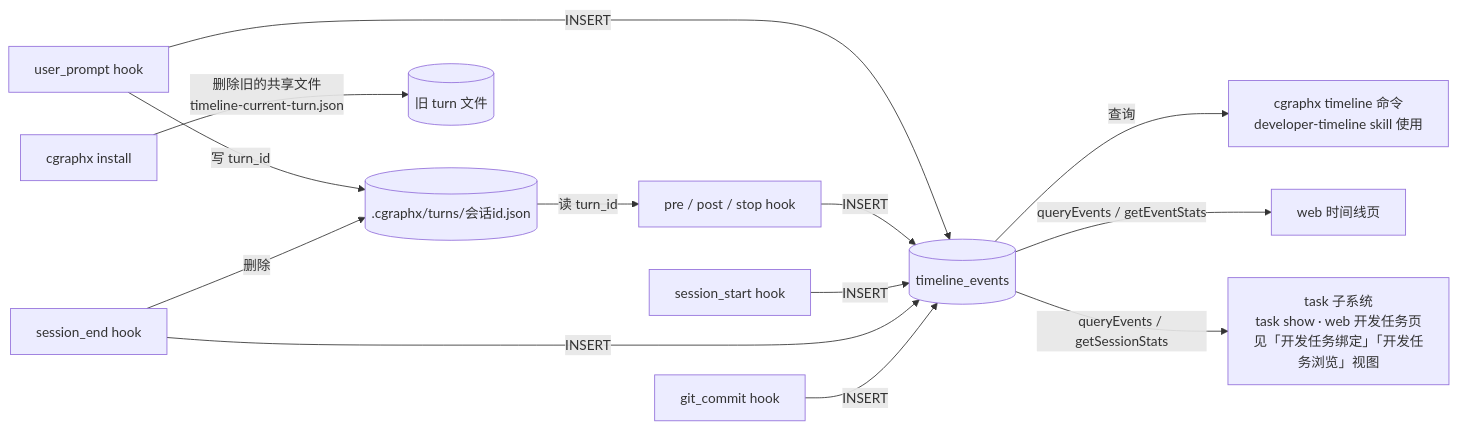
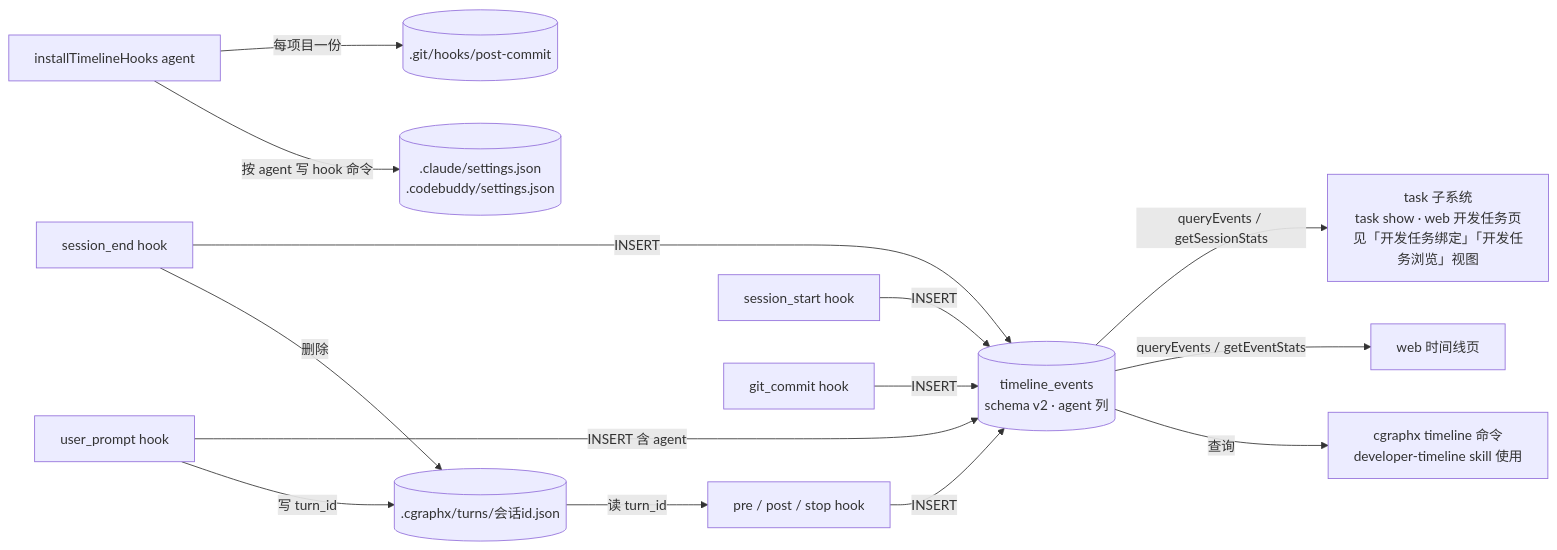
One commit to smdnkB/cgraphx changed the third of 3 diagrams in docs/code-map/flows/开发时间线记录.md. Above: the diagram before and after it, drawn with Mermaid. The commit also changed other lines of this file and 5 other files, not shown here.

First line of the commit message:
docs: 多 agent 适配知识沉淀 + 刷新代码地图

````diff
--- a/docs/code-map/flows/开发时间线记录.md
+++ b/docs/code-map/flows/开发时间线记录.md
@@ -90,15 +122,16 @@
 ```mermaid
 flowchart LR
   up[user_prompt hook] -- 写 turn_id --> tf[(.cgraphx/turns/会话id.json)]
   tf -- 读 turn_id --> rest[pre / post / stop hook]
   se[session_end hook] -- 删除 --> tf
-  inst[cgraphx install] -- 删除旧的共享文件<br/>timeline-current-turn.json --> legacy[(旧 turn 文件)]
-  up -- INSERT --> ev[(timeline_events)]
+  up -- INSERT 含 agent --> ev[(timeline_events<br/>schema v2 · agent 列)]
   rest -- INSERT --> ev
   ss[session_start hook] -- INSERT --> ev
   se -- INSERT --> ev
   git[git_commit hook] -- INSERT --> ev
   ev -- 查询 --> cli[cgraphx timeline 命令<br/>developer-timeline skill 使用]
   ev -- queryEvents / getEventStats --> web[web 时间线页]
   ev -- queryEvents / getSessionStats --> task[task 子系统<br/>task show · web 开发任务页<br/>见「开发任务绑定」「开发任务浏览」视图]
+  inst[installTimelineHooks agent] -- 按 agent 写 hook 命令 --> settings[(.claude/settings.json<br/>.codebuddy/settings.json)]
+  inst -- 每项目一份 --> pc[(.git/hooks/post-commit)]
 ```
````
